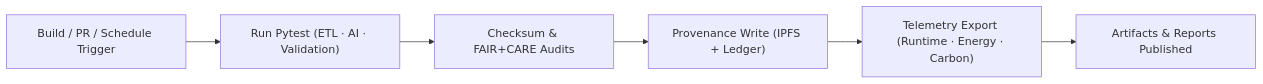
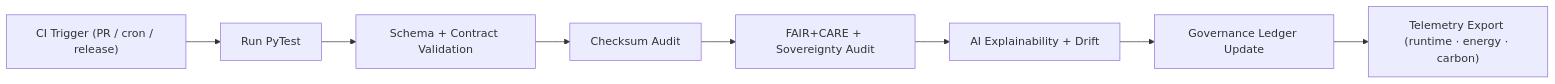
Before and after one commit to bartytime4life/Kansas-Frontier-Matrix: the diagram in src/tests/README.md, drawn with Mermaid. The commit also changed other lines of this file, not shown here.

````diff
--- a/src/tests/README.md
+++ b/src/tests/README.md
@@ -76,8 +103,10 @@
 ```mermaid
 flowchart LR
-    A["Build / PR / Schedule Trigger"] --> B["Run Pytest (ETL · AI · Validation)"]
-    B --> C["Checksum & FAIR+CARE Audits"]
-    C --> D["Provenance Write (IPFS + Ledger)"]
-    D --> E["Telemetry Export (Runtime · Energy · Carbon)"]
-    E --> F["Artifacts & Reports Published"]
+    A["CI Trigger (PR / cron / release)"] --> B["Run PyTest"]
+    B --> C["Schema + Contract Validation"]
+    C --> D["Checksum Audit"]
+    D --> E["FAIR+CARE + Sovereignty Audit"]
+    E --> F["AI Explainability + Drift"]
+    F --> G["Governance Ledger Update"]
+    G --> H["Telemetry Export (runtime · energy · carbon)"]
 ```
````
